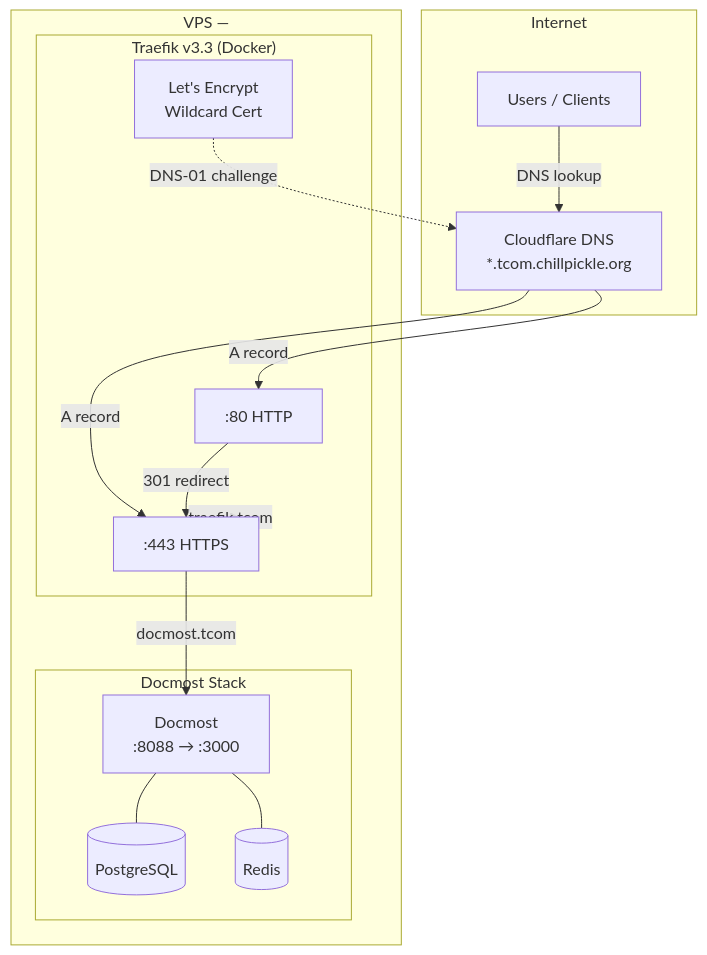
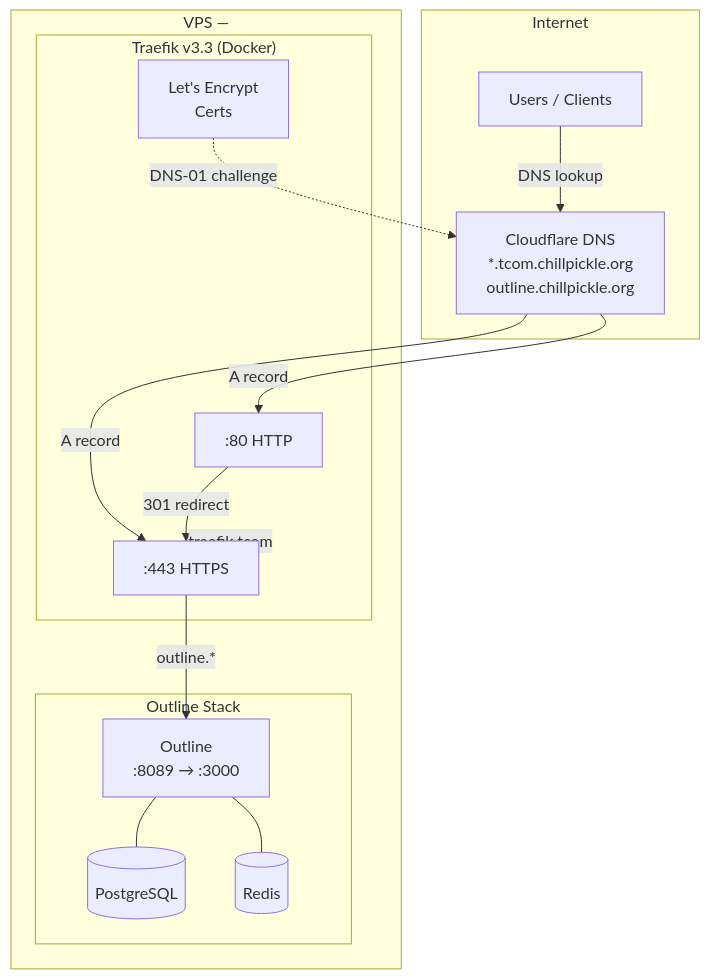
The first of 4 diagrams in docs/infrastructure.md (chill-pickle/vps-000), drawn with Mermaid before and after one commit. The commit also changed other lines of this file and 10 other files, not shown here.

Commit message:
Replace Docmost with Outline wiki service

````diff
--- a/docs/infrastructure.md
+++ b/docs/infrastructure.md
@@ -5,33 +5,33 @@
 ```mermaid
 graph TB
     subgraph Internet
         U[Users / Clients]
-        CF[Cloudflare DNS<br/>*.tcom.chillpickle.org]
+        CF[Cloudflare DNS<br/>*.tcom.chillpickle.org<br/>outline.chillpickle.org]
     end
 
     subgraph VPS ["VPS — <VPS_IP>"]
         subgraph Traefik ["Traefik v3.3 (Docker)"]
             EP80[":80 HTTP"]
             EP443[":443 HTTPS"]
-            ACME[Let's Encrypt<br/>Wildcard Cert]
+            ACME[Let's Encrypt<br/>Certs]
         end
 
-        subgraph Docmost ["Docmost Stack"]
-            DM[Docmost<br/>:8088 → :3000]
-            DMPG[(PostgreSQL)]
-            DMR[(Redis)]
+        subgraph Outline ["Outline Stack"]
+            OL[Outline<br/>:8089 → :3000]
+            OLPG[(PostgreSQL)]
+            OLR[(Redis)]
         end
     end
 
     U -->|DNS lookup| CF
     CF -->|A record| EP80
     CF -->|A record| EP443
     EP80 -->|301 redirect| EP443
-    EP443 -->|docmost.tcom| DM
+    EP443 -->|outline.*| OL
     EP443 -->|traefik.tcom| Traefik
 
     ACME -.->|DNS-01 challenge| CF
 
-    DM --- DMPG
-    DM --- DMR
+    OL --- OLPG
+    OL --- OLR
 ```
````
